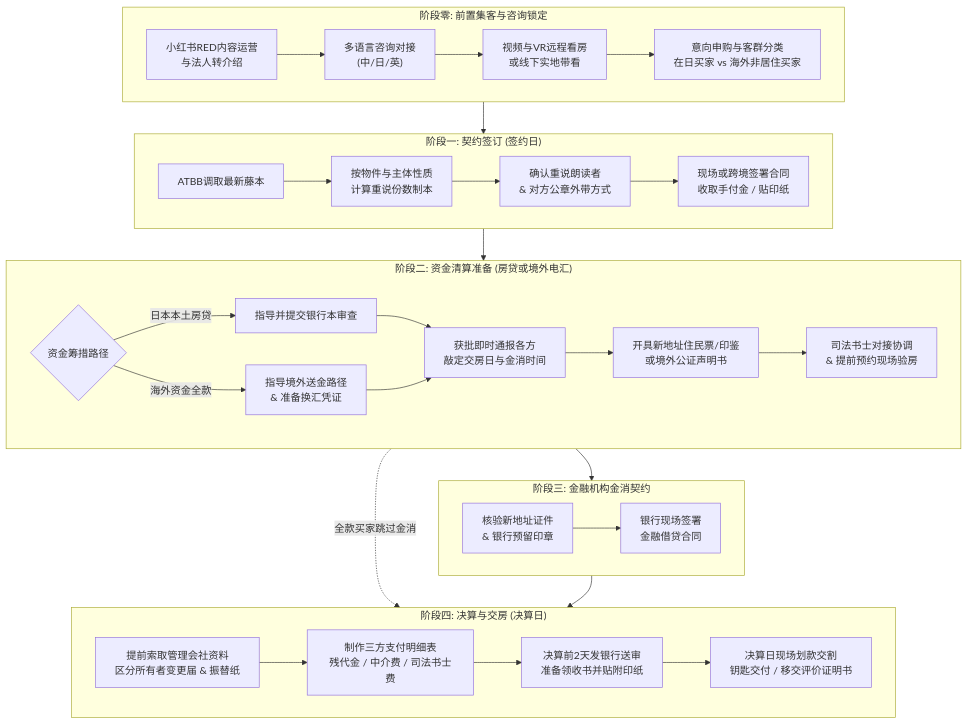
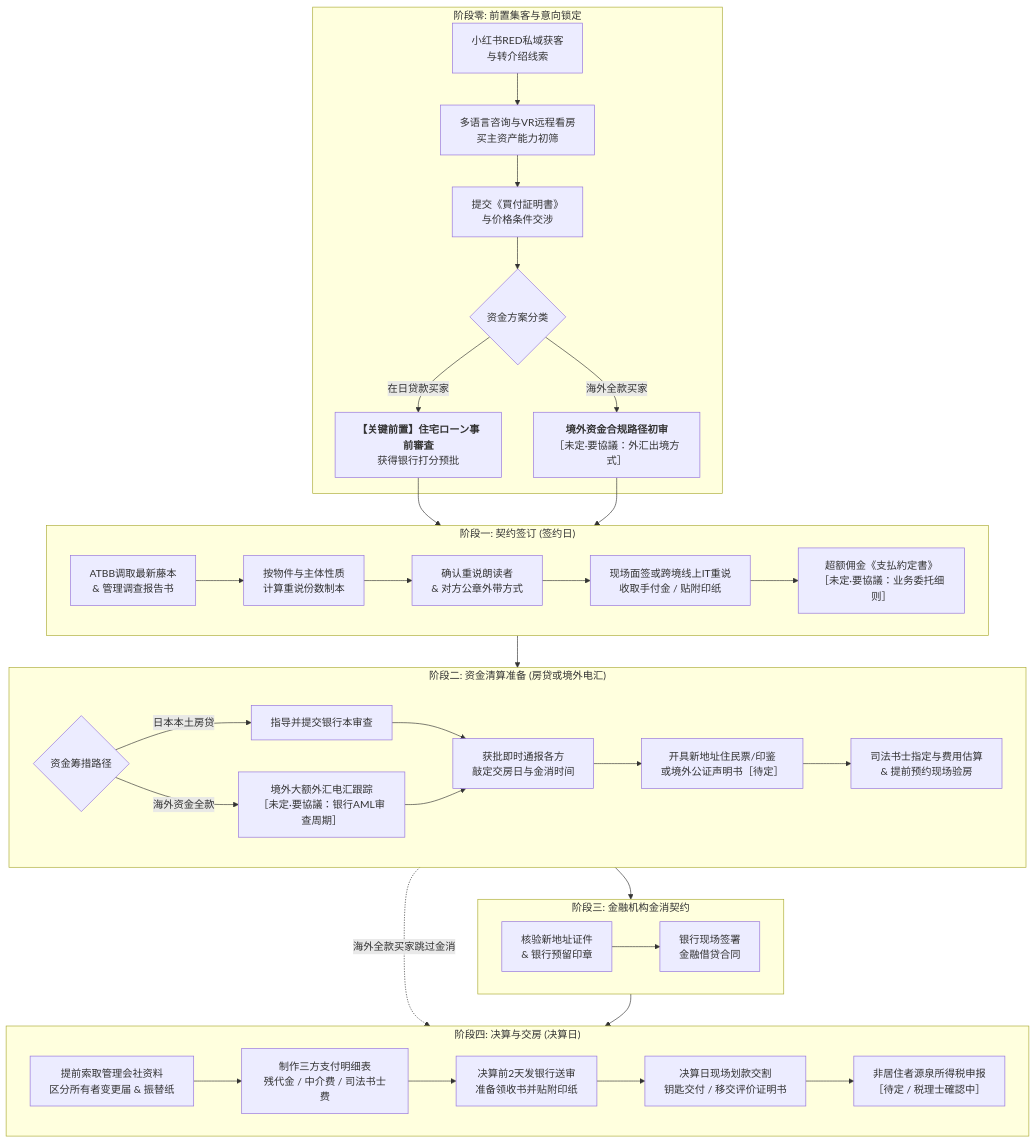
The diagram in docs/02_business_workflow.md (QQDDTT/Vanguard-Sentis), drawn with Mermaid before and after one commit. The commit also changed other lines of this file and 7 other files, not shown here.

````diff
--- a/docs/02_business_workflow.md
+++ b/docs/02_business_workflow.md
@@ -11,40 +11,45 @@
 ```mermaid
 graph TD
-    subgraph S0 ["阶段零: 前置集客与咨询锁定"]
-        Z1["小红书RED内容运营<br/>与法人转介绍"] --> Z2["多语言咨询对接<br/>(中/日/英)"]
-        Z2 --> Z3["视频与VR远程看房<br/>或线下实地带看"]
-        Z3 --> Z4["意向申购与客群分类<br/>在日买家 vs 海外非居住买家"]
+    subgraph S0 ["阶段零: 前置集客与意向锁定"]
+        Z1["小红书RED私域获客<br/>与转介绍线索"] --> Z2["多语言咨询与VR远程看房<br/>买主资产能力初筛"]
+        Z2 --> Z3["提交《買付証明書》<br/>与价格条件交涉"]
+        Z3 --> Z4{"资金方案分类"}
+        Z4 -- 在日贷款买家 --> Z5["<b>【关键前置】住宅ローン事前審査</b><br/>获得银行打分预批"]
+        Z4 -- 海外全款买家 --> Z6["<b>境外资金合规路径初审</b><br/>［未定·要協議：外汇出境方式］"]
     end
 
     subgraph S1 ["阶段一: 契约签订 (签约日)"]
-        A1["ATBB调取最新藤本"] --> A2["按物件与主体性质<br/>计算重说份数制本"]
+        A1["ATBB调取最新藤本<br/>& 管理调查报告书"] --> A2["按物件与主体性质<br/>计算重说份数制本"]
         A2 --> A3["确认重说朗读者<br/>& 对方公章外带方式"]
-        A3 --> A4["现场或跨境签署合同<br/>收取手付金 / 贴印纸"]
+        A3 --> A4["现场面签或跨境线上IT重说<br/>收取手付金 / 贴附印纸"]
+        A4 --> A5["超额佣金《支払約定書》<br/>［未定·要協議：业务委托细则］"]
     end
 
     subgraph S2 ["阶段二: 资金清算准备 (房贷或境外电汇)"]
         B1{"资金筹措路径"}
         B1 -- 日本本土房贷 --> B2["指导并提交银行本审查"]
-        B1 -- 海外资金全款 --> B3["指导境外送金路径<br/>& 准备换汇凭证"]
+        B1 -- 海外资金全款 --> B3["境外大额外汇电汇跟踪<br/>［未定·要協議：银行AML审查周期］"]
         B2 --> B4["获批即时通报各方<br/>敲定交房日与金消时间"]
         B3 --> B4
-        B4 --> B5["开具新地址住民票/印鉴<br/>或境外公证声明书"]
-        B5 --> B6["司法书士对接协调<br/>& 提前预约现场验房"]
+        B4 --> B5["开具新地址住民票/印鉴<br/>或境外公证声明书［待定］"]
+        B5 --> B6["司法书士指定与费用估算<br/>& 提前预约现场验房"]
     end
 
     subgraph S3 ["阶段三: 金融机构金消契约"]
         C1["核验新地址证件<br/>& 银行预留印章"] --> C2["银行现场签署<br/>金融借贷合同"]
     end
 
     subgraph S4 ["阶段四: 决算与交房 (决算日)"]
         D1["提前索取管理会社资料<br/>区分所有者变更届 & 振替纸"] --> D2["制作三方支付明细表<br/>残代金 / 中介费 / 司法书士费"]
         D2 --> D3["决算前2天发银行送审<br/>准备领收书并贴附印纸"]
         D3 --> D4["决算日现场划款交割<br/>钥匙交付 / 移交评价证明书"]
+        D4 --> D5["非居住者源泉所得税申报<br/>［待定 / 税理士確認中］"]
     end
 
-    S0 --> S1
+    Z5 --> S1
+    Z6 --> S1
     S1 --> S2
     S2 --> S3
-    S2 -.->|"全款买家跳过金消"| S4
+    S2 -.->|"海外全款买家跳过金消"| S4
     S3 --> S4
 ```
````
